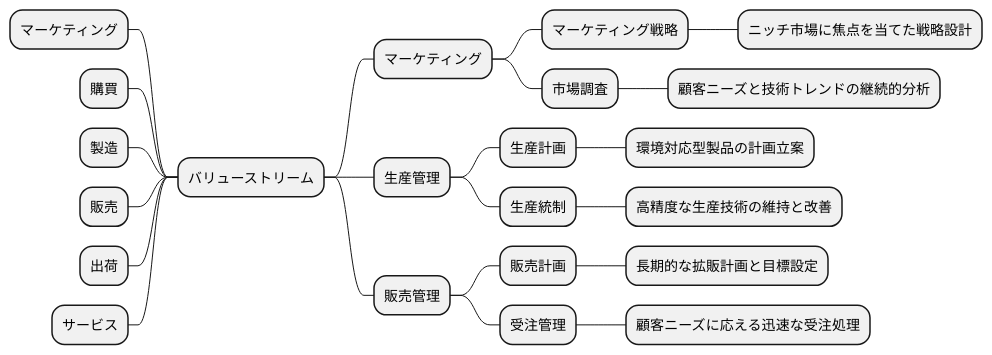
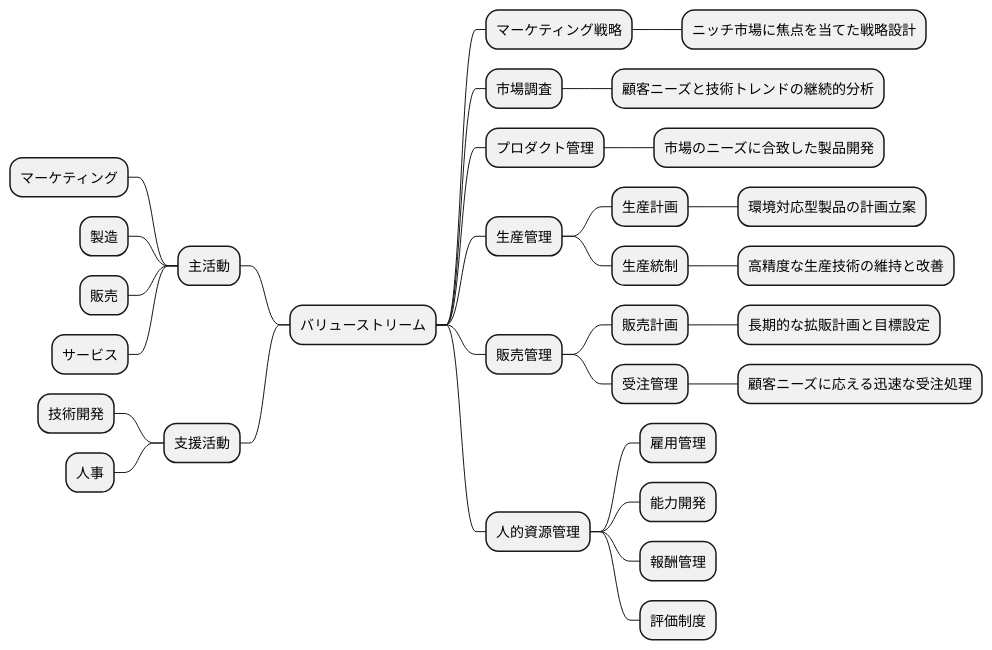
Diagram 12 of 19 in docs/case/h30_case_1.adoc (k2works/case-sutudy-business-analysis), drawn with PlantUML before and after one commit. The commit also changed other lines of this file, not shown here.

```diff
--- a/docs/case/h30_case_1.adoc
+++ b/docs/case/h30_case_1.adoc
@@ -457,31 +459,39 @@
 [plantuml]
 ----
 @startmindmap
 
 * バリューストリーム
 left side
-** マーケティング
-** 購買
-** 製造
-** 販売
-** 出荷
-** サービス
+** 主活動
+*** マーケティング
+*** 製造
+*** 販売
+*** サービス
+** 支援活動
+*** 技術開発
+*** 人事
 right side
-** マーケティング
-*** マーケティング戦略
-**** ニッチ市場に焦点を当てた戦略設計
-*** 市場調査
-**** 顧客ニーズと技術トレンドの継続的分析
+** マーケティング戦略
+*** ニッチ市場に焦点を当てた戦略設計
+** 市場調査
+*** 顧客ニーズと技術トレンドの継続的分析
+** プロダクト管理
+*** 市場のニーズに合致した製品開発
 ** 生産管理
 *** 生産計画
 **** 環境対応型製品の計画立案
 *** 生産統制
 **** 高精度な生産技術の維持と改善
 ** 販売管理
 *** 販売計画
 **** 長期的な拡販計画と目標設定
 *** 受注管理
 **** 顧客ニーズに応える迅速な受注処理
+** 人的資源管理
+*** 雇用管理
+*** 能力開発
+*** 報酬管理
+*** 評価制度
 
 @endmindmap
 ----
```
